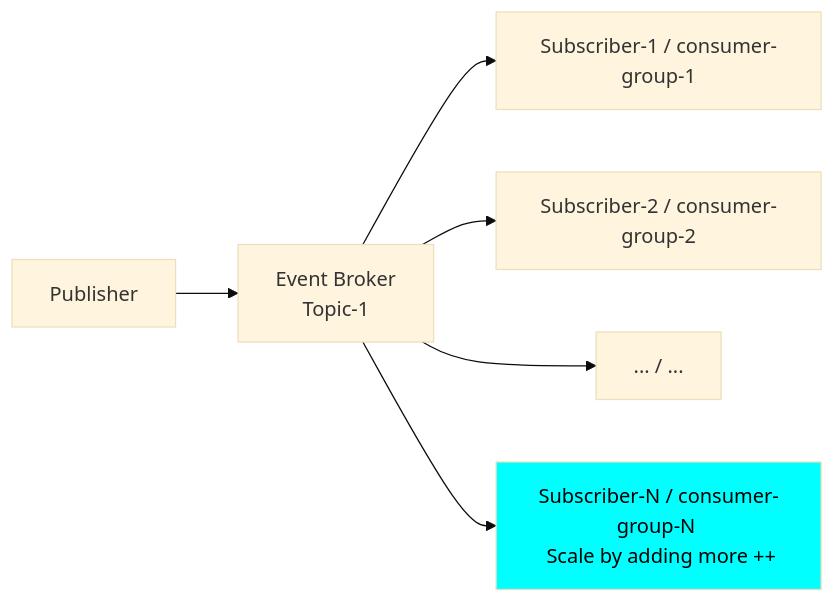
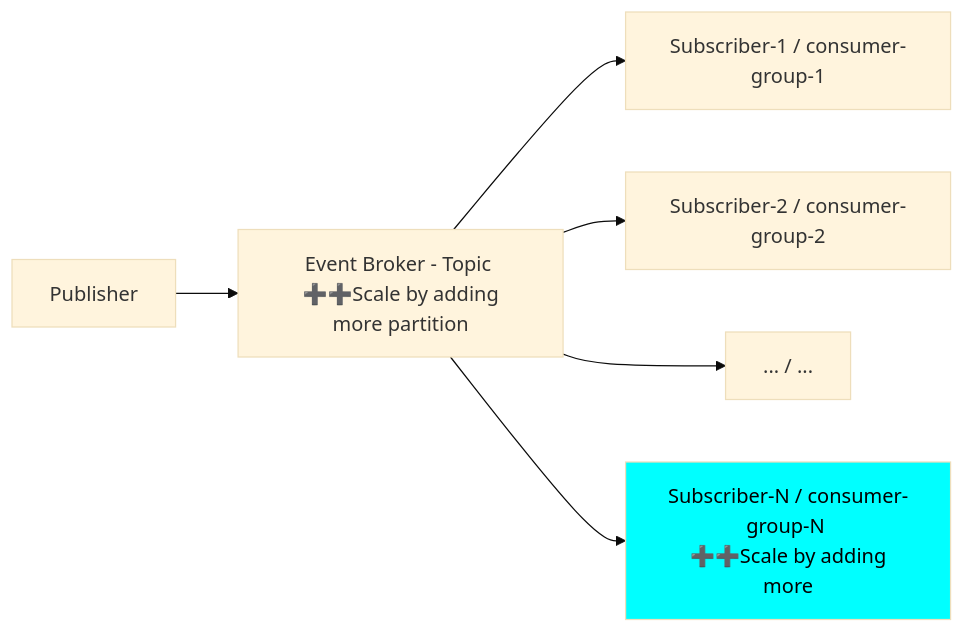
The first of 3 diagrams in docs/2022-2025/SE_02_system-design/SD_52_architecture/02_arch_04_event-driven-arch.md (lekhrajdinkar/solution-engineer), drawn with Mermaid (base theme) before and after one commit. The commit also changed 12 other files, not shown here.

````diff
--- a/docs/2022-2025/SE_02_system-design/SD_52_architecture/02_arch_04_event-driven-arch.md
+++ b/docs/2022-2025/SE_02_system-design/SD_52_architecture/02_arch_04_event-driven-arch.md
@@ -63,9 +63,9 @@
 ```mermaid
 flowchart LR
-    P[Publisher] --> T[ Event Broker \nTopic-1]
+    P[Publisher] --> T[ Event Broker - Topic \n ➕➕Scale by adding more partition]
     T --> S1[Subscriber-1 / consumer-group-1]
     T --> S2[Subscriber-2 / consumer-group-2]
     T --> S[... / ...]
-    T --> SN[Subscriber-N / consumer-group-N \n Scale by adding more ++]
+    T --> SN[Subscriber-N / consumer-group-N \n ➕➕Scale by adding more]
     style SN fill:cyan,color:black
 ```
````
